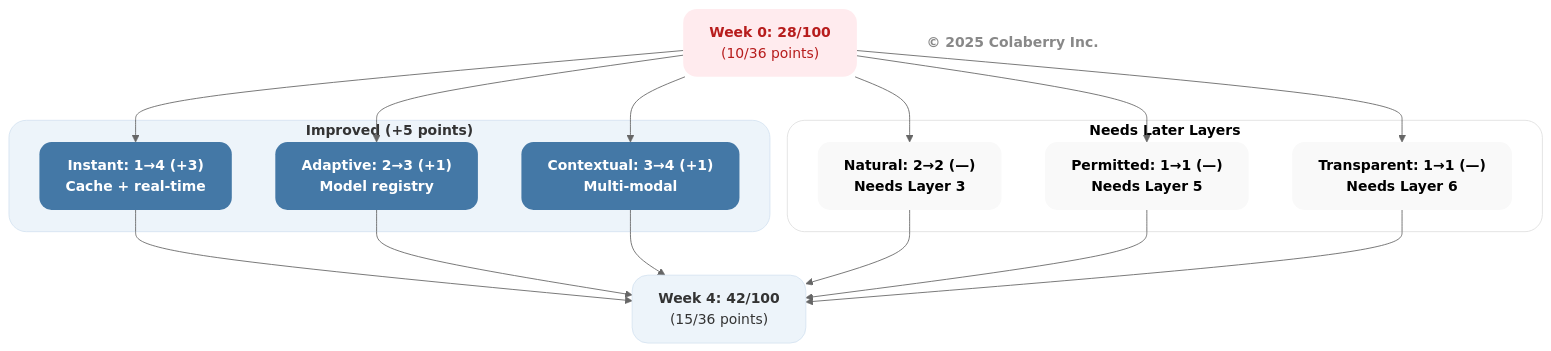
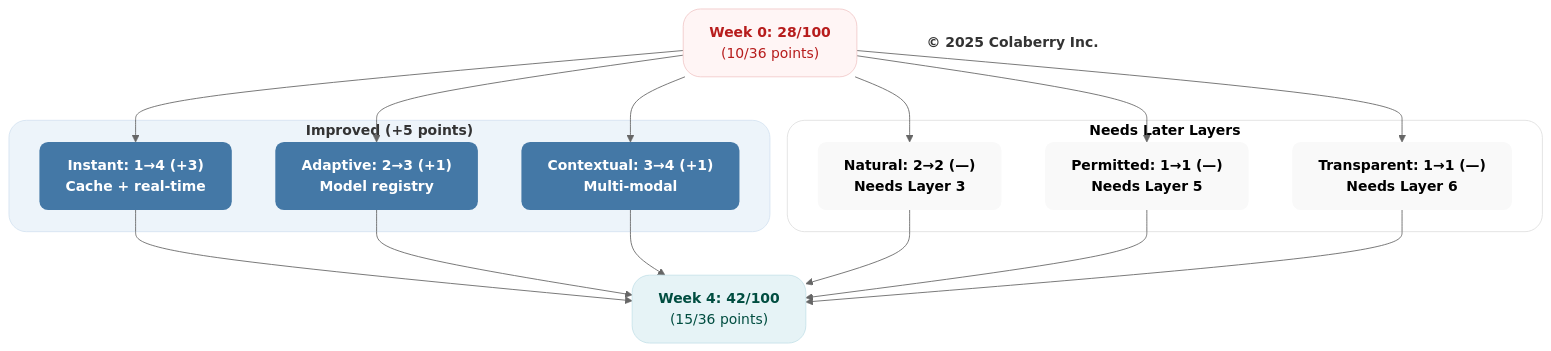
Diagram 11 of 11 in manuscript/05_chapter_4_foundation_layers.md (saitejesh-cyber/trust-before-intelligence-book), drawn with Mermaid (neutral theme) before and after one commit. The commit also changed other lines of this file and 4 other files, not shown here.

````diff
--- a/manuscript/05_chapter_4_foundation_layers.md
+++ b/manuscript/05_chapter_4_foundation_layers.md
@@ -1055,36 +1055,36 @@
 ```mermaid
 graph TB
     BEFORE["<b>Week 0: 28/100</b><br/>(10/36 points)"]
     AFTER["<b>Week 4: 42/100</b><br/>(15/36 points)"]
     
     subgraph IMPROVED["<b>Improved (+5 points)</b>"]
         A1["<b>Instant: 1→4 (+3)</b><br/><b>Cache + real-time</b>"]
         A4["<b>Adaptive: 2→3 (+1)</b><br/><b>Model registry</b>"]
         A5["<b>Contextual: 3→4 (+1)</b><br/><b>Multi-modal</b>"]
     end
     
     subgraph LATER["<b>Needs Later Layers</b>"]
         B2["<b>Natural: 2→2 (—)</b><br/><b>Needs Layer 3</b>"]
         B3["<b>Permitted: 1→1 (—)</b><br/><b>Needs Layer 5</b>"]
         B6["<b>Transparent: 1→1 (—)</b><br/><b>Needs Layer 6</b>"]
     end
     
     Copyright["<b>© 2025 Colaberry Inc.</b>"]
     
     BEFORE --> A1 & A4 & A5
     BEFORE --> B2 & B3 & B6
     A1 & A4 & A5 --> AFTER
     B2 & B3 & B6 --> AFTER
 
-    style BEFORE fill:#ffebee,stroke:none,color:#b71c1c,rx:16,ry:16
+    style BEFORE fill:#fff5f5,stroke:#f2caca,stroke-width:1px,color:#b71c1c,rx:20,ry:20
     style IMPROVED fill:#edf4fa,stroke:#d6e4f2,stroke-width:1px,color:#333333,rx:20,ry:20
-    style A1 fill:#4478A6,stroke:none,color:#ffffff,rx:14,ry:14
-    style A4 fill:#4478A6,stroke:none,color:#ffffff,rx:14,ry:14
-    style A5 fill:#4478A6,stroke:none,color:#ffffff,rx:14,ry:14
+    style A1 fill:#4478A6,stroke:none,color:#ffffff,rx:10,ry:10
+    style A4 fill:#4478A6,stroke:none,color:#ffffff,rx:10,ry:10
+    style A5 fill:#4478A6,stroke:none,color:#ffffff,rx:10,ry:10
     style LATER fill:#ffffff,stroke:#e0e0e0,stroke-width:1px,color:#000000,rx:20,ry:20
-    style B2 fill:#f9f9f9,stroke:none,color:#000000,rx:14,ry:14
-    style B3 fill:#f9f9f9,stroke:none,color:#000000,rx:14,ry:14
-    style B6 fill:#f9f9f9,stroke:none,color:#000000,rx:14,ry:14
-    style AFTER fill:#edf4fa,stroke:#d6e4f2,stroke-width:1px,color:#333333,rx:18,ry:18
-    style Copyright fill:none,stroke:none,color:#888888
+    style B2 fill:#f9f9f9,stroke:none,color:#000000,rx:10,ry:10
+    style B3 fill:#f9f9f9,stroke:none,color:#000000,rx:10,ry:10
+    style B6 fill:#f9f9f9,stroke:none,color:#000000,rx:10,ry:10
+    style AFTER fill:#e6f3f6,stroke:#c7e3ea,stroke-width:1px,color:#004d40,rx:20,ry:20
+    style Copyright fill:none,stroke:none,color:#333333
 ```
````
